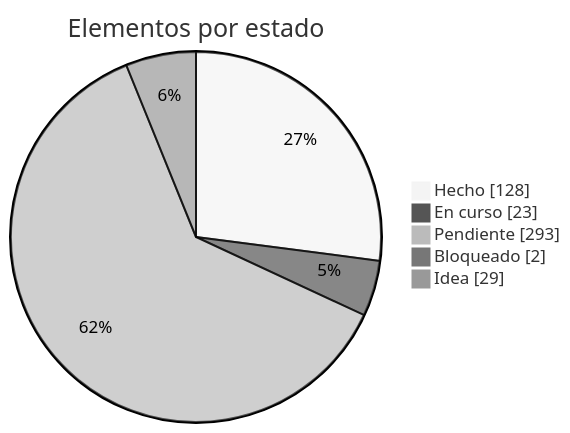
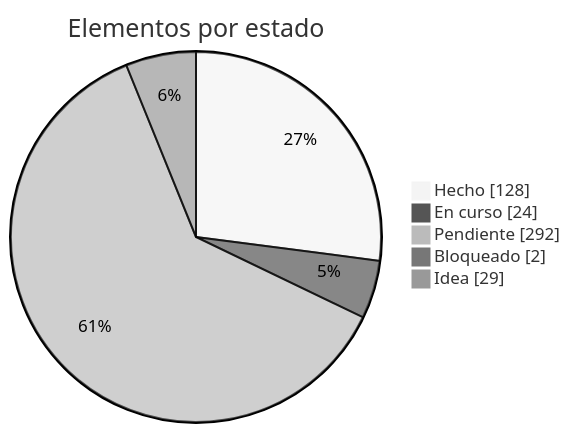
Before and after one commit to dariogea/BM27: the first of 2 diagrams in docs/roadmap.md, drawn with Mermaid (neutral theme). The commit also changed other lines of this file and 12 other files, not shown here.

````diff
--- a/docs/roadmap.md
+++ b/docs/roadmap.md
@@ -13,8 +13,8 @@
 ```mermaid
 pie showData title Elementos por estado
   "Hecho" : 128
-  "En curso" : 23
-  "Pendiente" : 293
+  "En curso" : 24
+  "Pendiente" : 292
   "Bloqueado" : 2
   "Idea" : 29
 ```
````
